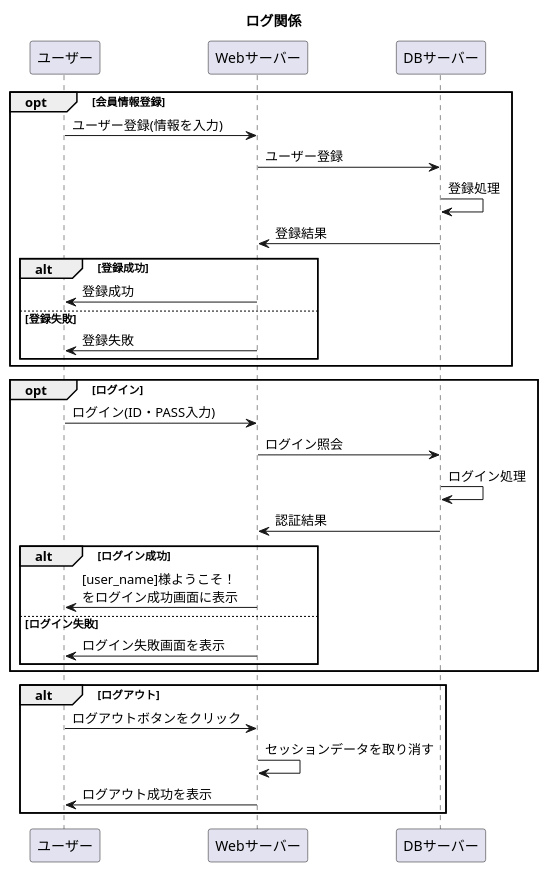
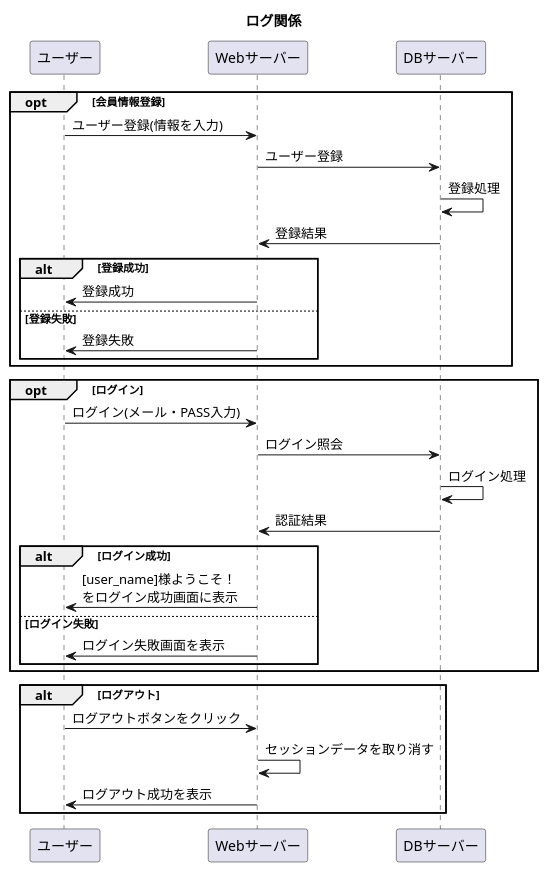
Before and after one commit to Aso2001227/Aso-Sports-1: the diagram in 設計書/02_業務フロー/Log-flow.md, drawn with PlantUML.

````diff
--- a/設計書/02_業務フロー/Log-flow.md
+++ b/設計書/02_業務フロー/Log-flow.md
@@ -1,32 +1,32 @@
 ```uml
 @startuml
 title: ログ関係
 opt 会員情報登録
   ユーザー -> Webサーバー : ユーザー登録(情報を入力)
   Webサーバー -> DBサーバー : ユーザー登録
   DBサーバー -> DBサーバー : 登録処理
   DBサーバー -> Webサーバー : 登録結果
   alt 登録成功
     Webサーバー -> ユーザー : 登録成功
     else 登録失敗
     Webサーバー -> ユーザー : 登録失敗
   end
   end
   opt ログイン
-      ユーザー -> Webサーバー : ログイン(ID・PASS入力)
+      ユーザー -> Webサーバー : ログイン(メール・PASS入力)
       Webサーバー -> DBサーバー : ログイン照会
       DBサーバー -> DBサーバー : ログイン処理
       DBサーバー -> Webサーバー : 認証結果
       alt ログイン成功
         Webサーバー -> ユーザー : [user_name]様ようこそ！\nをログイン成功画面に表示
        else ログイン失敗
         Webサーバー -> ユーザー : ログイン失敗画面を表示
       end
       end
     alt ログアウト
       ユーザー ->Webサーバー :ログアウトボタンをクリック
       Webサーバー -> Webサーバー :セッションデータを取り消す
       Webサーバー -> ユーザー :ログアウト成功を表示 
      end
 @enduml
 ```
````
